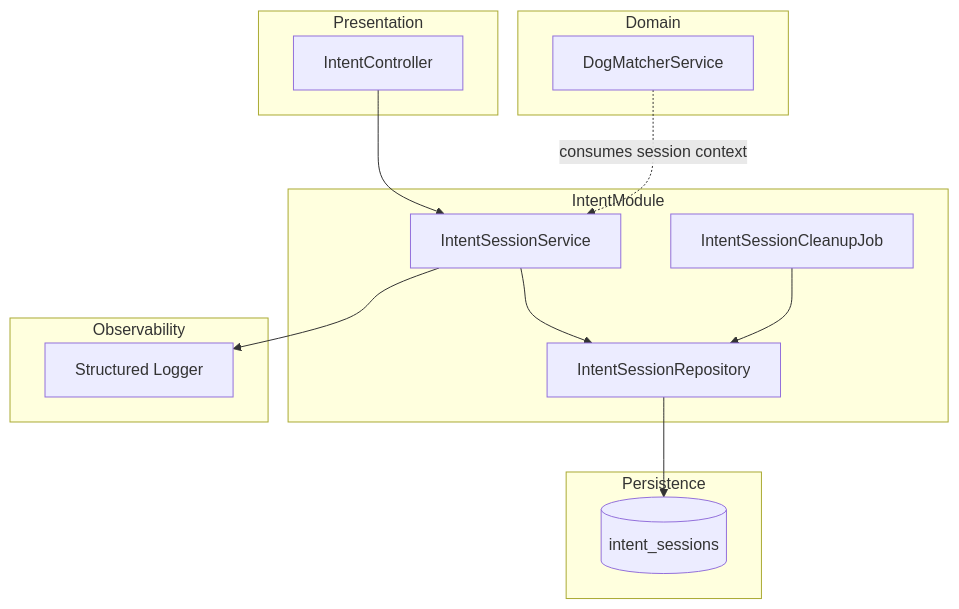
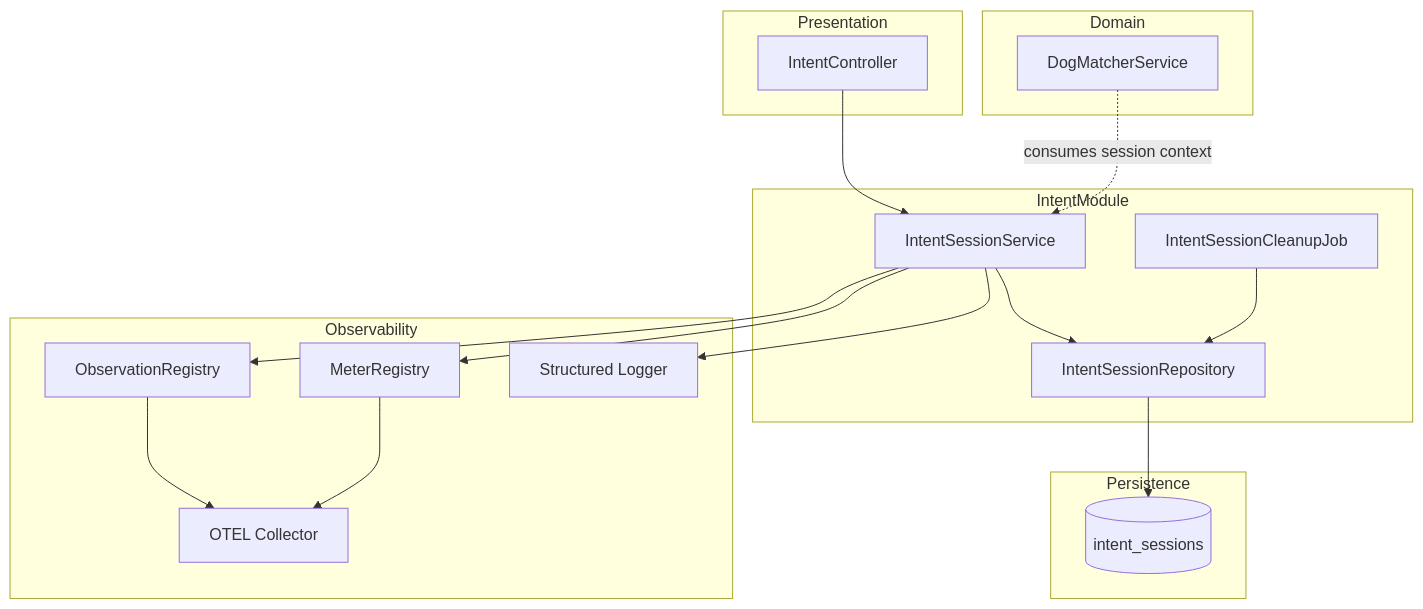
One commit to matteocodogno/tinder4dogs changed the first of 4 diagrams in .kiro/specs/intent-declaration/design.md. Above: the diagram before and after it, drawn with Mermaid. The commit also changed other lines of this file and 1 other file, not shown here.

First line of the commit message:
feat(intent-declaration): introduce Liquibase for schema management

````diff
--- a/.kiro/specs/intent-declaration/design.md
+++ b/.kiro/specs/intent-declaration/design.md
@@ -41,31 +41,38 @@
 ```mermaid
 graph TB
     subgraph Presentation
         IntentController[IntentController]
     end
 
     subgraph IntentModule
         IntentSessionService[IntentSessionService]
         IntentSessionRepository[IntentSessionRepository]
         IntentSessionCleanupJob[IntentSessionCleanupJob]
     end
 
     subgraph Domain
         DogMatcherService[DogMatcherService]
     end
 
     subgraph Persistence
         IntentSessionsTable[(intent_sessions)]
     end
 
     subgraph Observability
+        ObservationRegistry[ObservationRegistry]
+        MeterRegistry[MeterRegistry]
+        OtelCollector[OTEL Collector]
         StructuredLogger[Structured Logger]
     end
 
     IntentController --> IntentSessionService
     IntentSessionService --> IntentSessionRepository
     IntentSessionRepository --> IntentSessionsTable
     IntentSessionCleanupJob --> IntentSessionRepository
+    IntentSessionService --> ObservationRegistry
+    IntentSessionService --> MeterRegistry
     IntentSessionService --> StructuredLogger
+    ObservationRegistry --> OtelCollector
+    MeterRegistry --> OtelCollector
     DogMatcherService -.->|consumes session context| IntentSessionService
 ```
````
